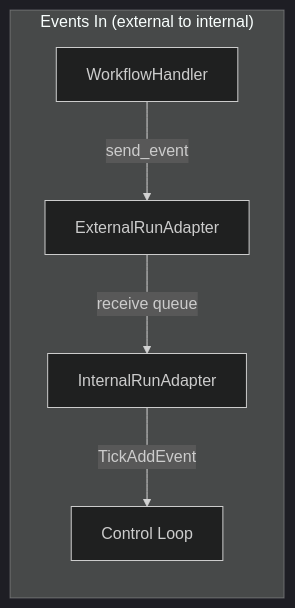
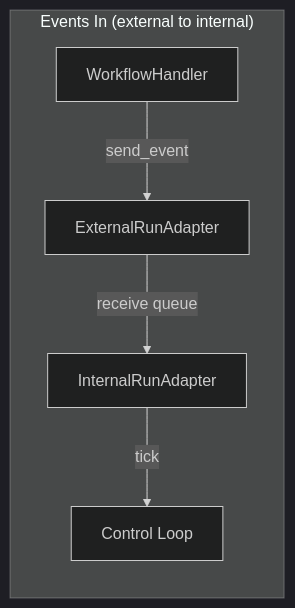
The fourth of 5 diagrams in architecture-docs/core-overview.md (run-llama/workflows-py), drawn with Mermaid (dark theme) before and after one commit. The commit also changed other lines of this file and 2 other files, not shown here.

````diff
--- a/architecture-docs/core-overview.md
+++ b/architecture-docs/core-overview.md
@@ -97,8 +89,8 @@
 ```mermaid
 graph LR
     subgraph "Events In (external to internal)"
         H[WorkflowHandler] -->|send_event| EA[ExternalRunAdapter]
         EA -->|receive queue| IA[InternalRunAdapter]
-        IA -->|TickAddEvent| CL[Control Loop]
+        IA -->|tick| CL[Control Loop]
     end
 ```
````
